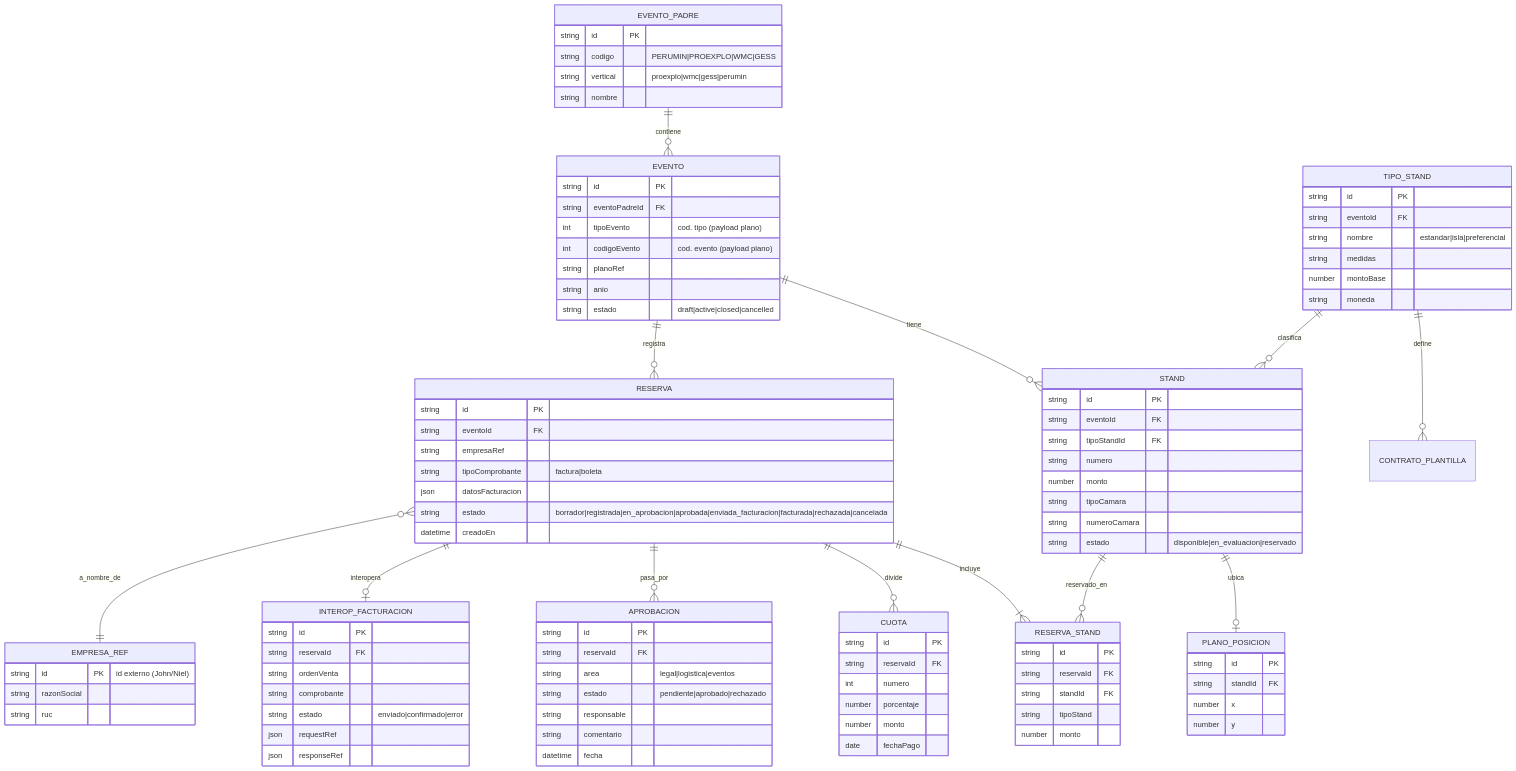
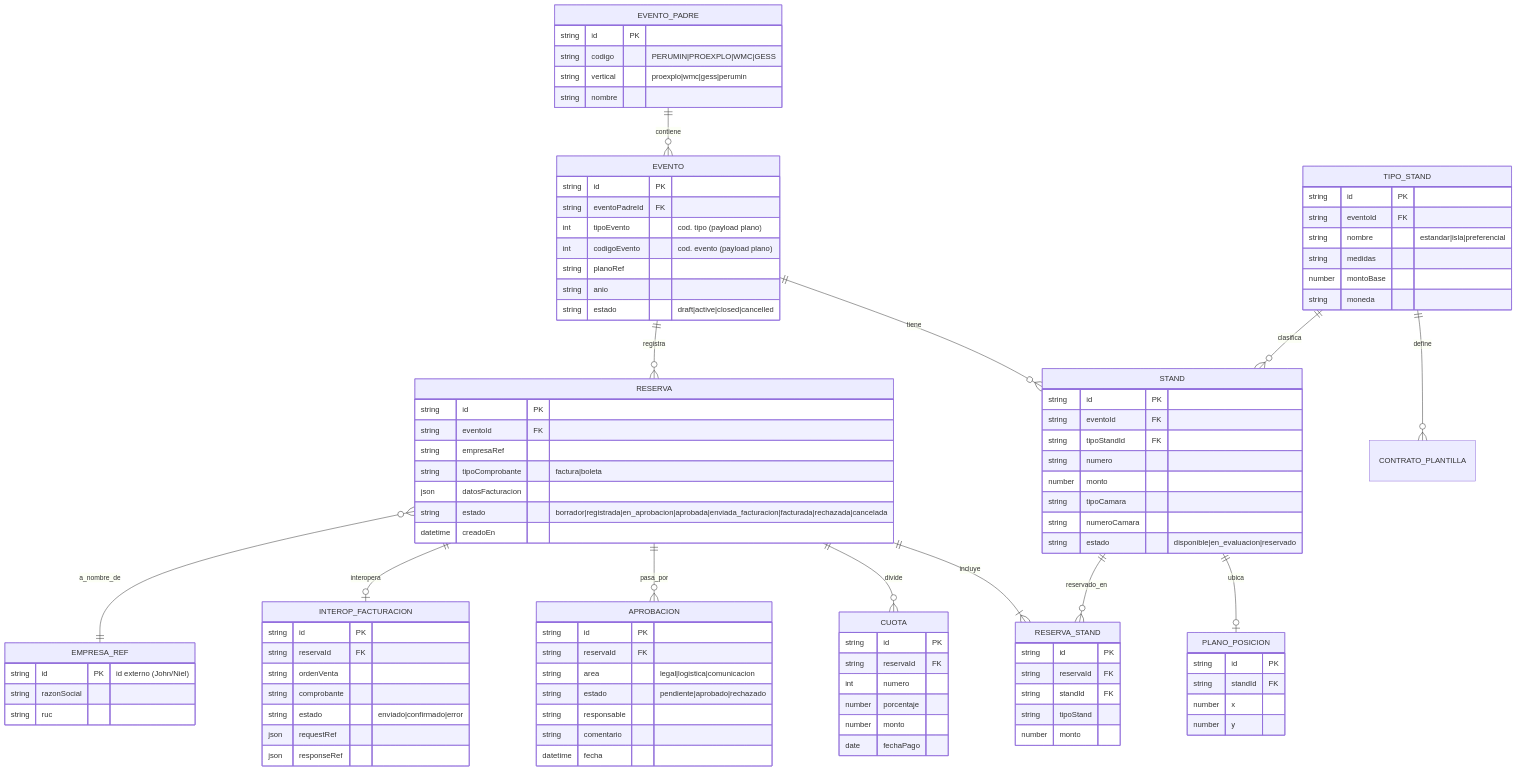
One commit to edsonHuamaniIimp/ecommerce changed the diagram in docs/modelo-datos.md. Above: the diagram before and after it, drawn with Mermaid. The commit also changed other lines of this file and 1 other file, not shown here.

Commit message:
docs: actualiza areas a LOGISTICA/LEGAL/COMUNICACION
Reemplaza 'eventos' por 'comunicacion' en modelo-datos.md y endpoints.md para reflejar el cambio en constants.ts.

```diff
--- a/docs/modelo-datos.md
+++ b/docs/modelo-datos.md
@@ -104,7 +104,7 @@
     APROBACION {
         string id PK
         string reservaId FK
-        string area "legal|logistica|eventos"
+        string area "legal|logistica|comunicacion"
         string estado "pendiente|aprobado|rechazado"
         string responsable
         string comentario
```
